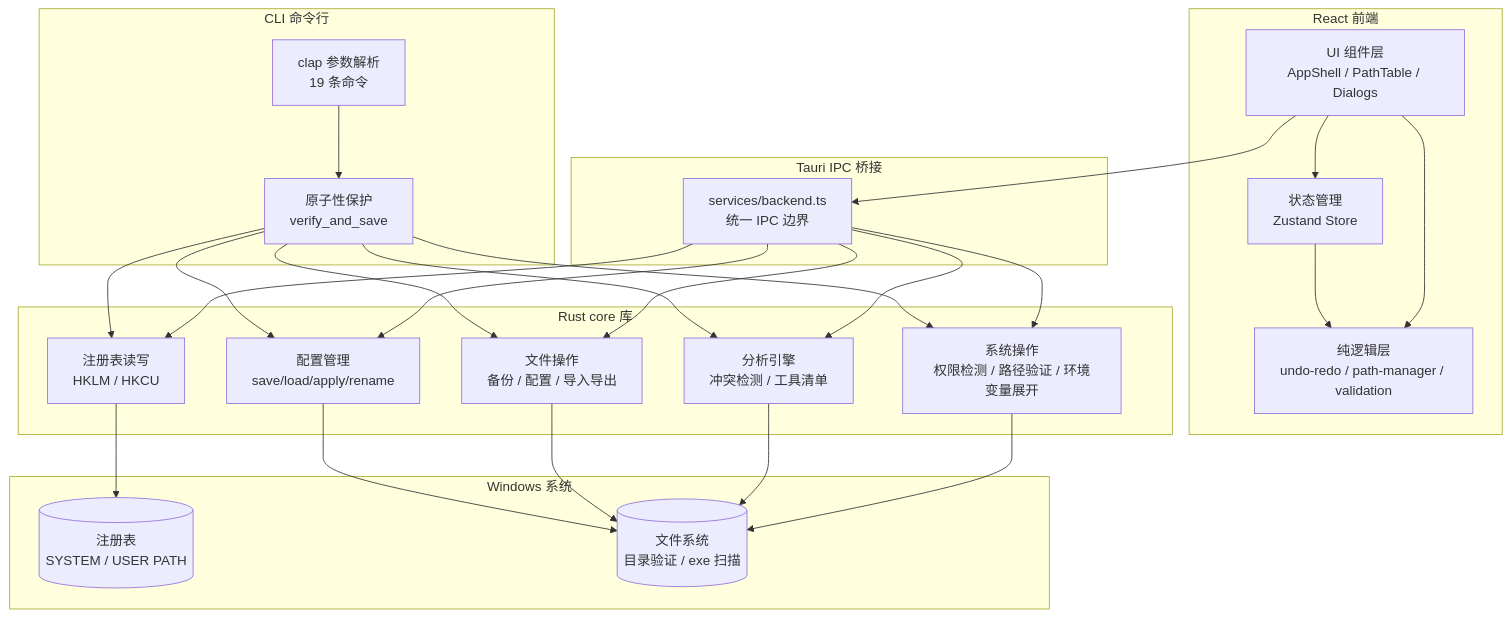
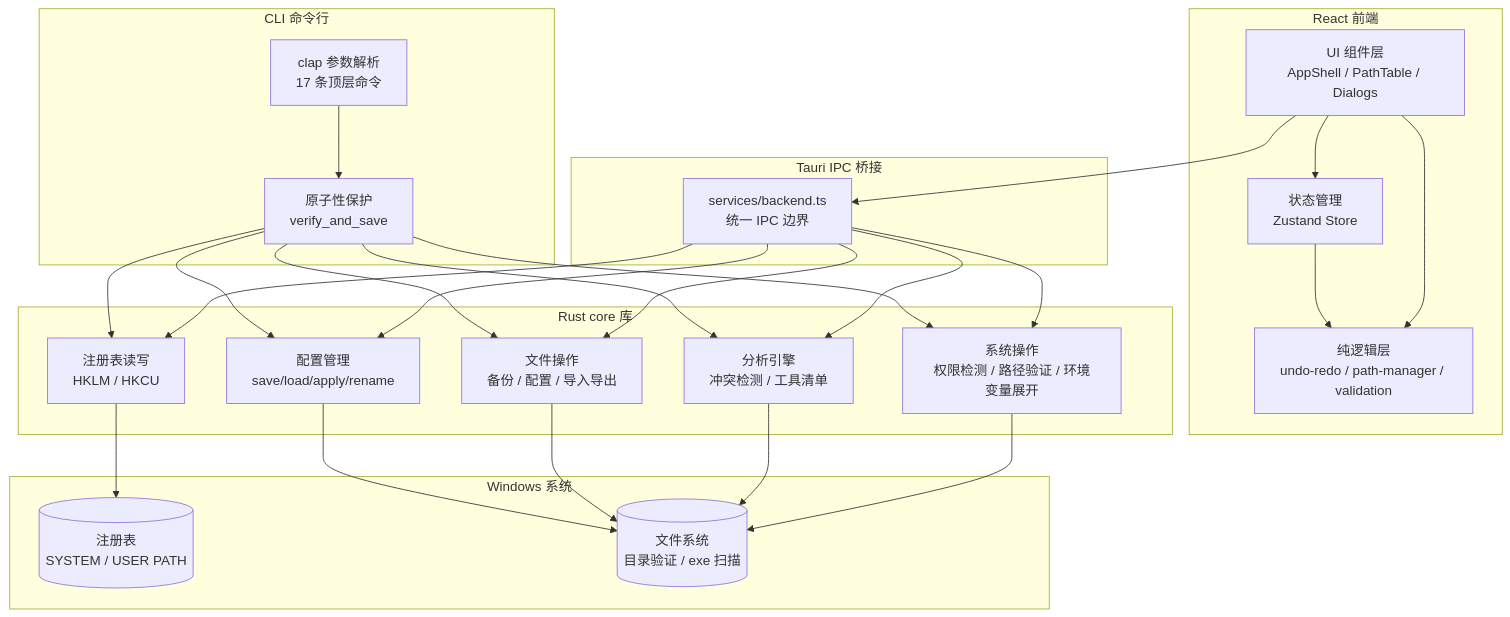
The first of 4 diagrams in README.md (LHY0125/PathEditor), drawn with Mermaid before and after one commit. The commit also changed other lines of this file, not shown here.

Commit message:
docs: README 命令数改用可复现口径（17 条顶层命令）
原 18/23 均为口径不明的估算。统一为 `patheditor --help` 中 Commands 段
不含 clap 自动生成的 help 行，实测 17 条，并在文中注明另有 env/profile 子命令组。

````diff
--- a/README.md
+++ b/README.md
@@ -48,51 +48,51 @@
 ```mermaid
 graph TB
     subgraph 前端["React 前端"]
         UI[UI 组件层<br/>AppShell / PathTable / Dialogs]
         Store[状态管理<br/>Zustand Store]
         Core[纯逻辑层<br/>undo-redo / path-manager / validation]
         UI --> Store
         UI --> Core
         Store --> Core
     end
 
     subgraph CLI["CLI 命令行"]
-        Clap[clap 参数解析<br/>19 条命令]
+        Clap[clap 参数解析<br/>17 条顶层命令]
         Atomic[原子性保护<br/>verify_and_save]
     end
 
     subgraph IPC["Tauri IPC 桥接"]
         invoke[services/backend.ts<br/>统一 IPC 边界]
     end
 
     subgraph 后端["Rust core 库"]
         Registry[注册表读写<br/>HKLM / HKCU]
         System[系统操作<br/>权限检测 / 路径验证 / 环境变量展开]
         Files[文件操作<br/>备份 / 配置 / 导入导出]
         Scanner[分析引擎<br/>冲突检测 / 工具清单]
         Profiles[配置管理<br/>save/load/apply/rename]
     end
 
     subgraph Windows["Windows 系统"]
         Reg[(注册表<br/>SYSTEM / USER PATH)]
         FS[(文件系统<br/>目录验证 / exe 扫描)]
     end
 
     UI --> invoke
     invoke --> Registry
     invoke --> System
     invoke --> Files
     invoke --> Scanner
     invoke --> Profiles
     Clap --> Atomic
     Atomic --> Registry
     Atomic --> System
     Atomic --> Files
     Atomic --> Scanner
     Atomic --> Profiles
     Registry --> Reg
     System --> FS
     Scanner --> FS
     Files --> FS
     Profiles --> FS
 ```
````
